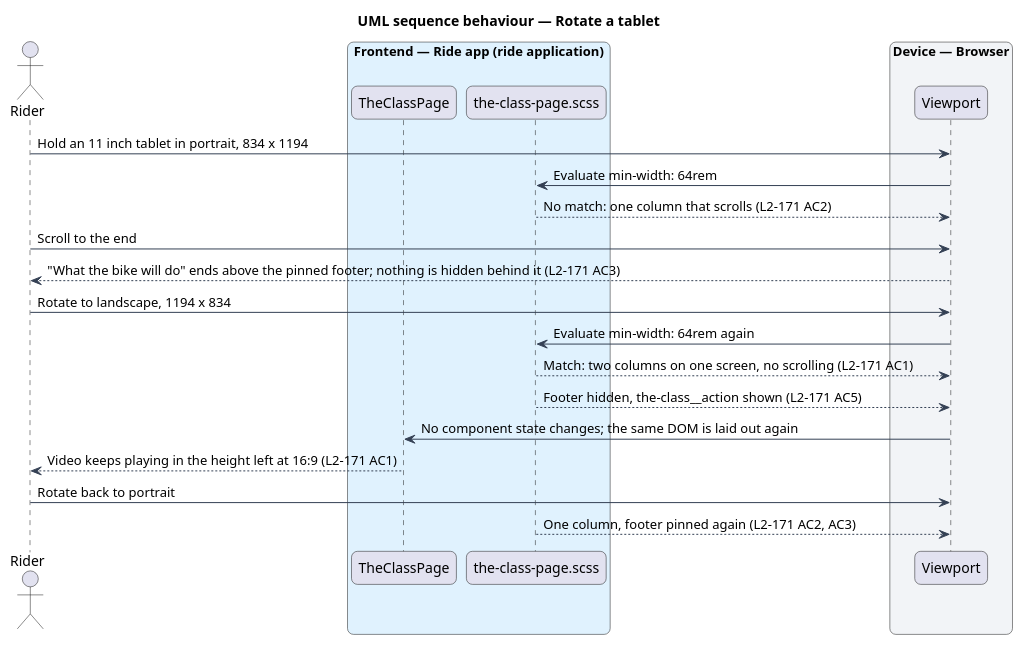
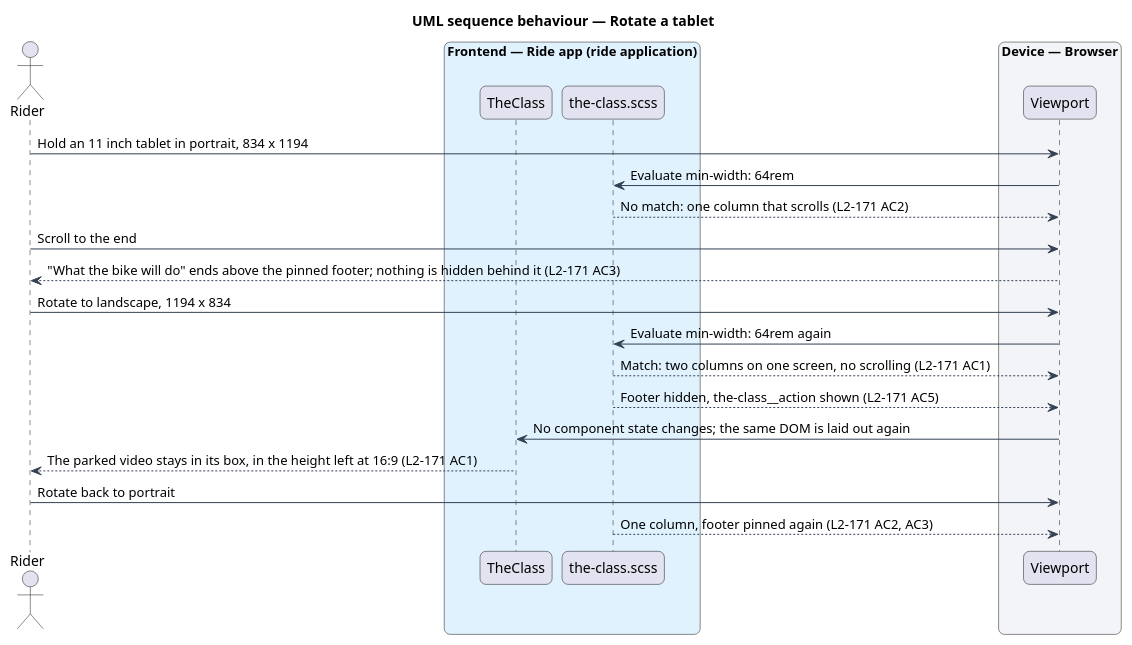
Before and after one commit to QuinntyneBrown/ride-one: the diagram in docs/detailed-designs/ui/fit-the-class-to-every-form-factor/diagrams/sequence-rotate-a-tablet.puml, drawn with PlantUML. The commit also changed 51 other files, not shown here.

```diff
--- a/docs/detailed-designs/ui/fit-the-class-to-every-form-factor/diagrams/sequence-rotate-a-tablet.puml
+++ b/docs/detailed-designs/ui/fit-the-class-to-every-form-factor/diagrams/sequence-rotate-a-tablet.puml
@@ -1,38 +1,38 @@
 @startuml
 title UML sequence behaviour — Rotate a tablet
 skinparam backgroundColor #FFFFFF
 skinparam shadowing false
 skinparam roundcorner 12
 skinparam defaultFontName Arial
 skinparam ArrowColor #344054
 skinparam rectangle {
   BorderColor #344054
   FontColor #101828
 }
 skinparam package {
   BorderColor #667085
   FontColor #101828
   BackgroundColor #F9FAFB
 }
 actor "Rider" as rider
 box "Frontend — Ride app (ride application)" #E0F2FE
-  participant "TheClassPage" as page
-  participant "the-class-page.scss" as sheet
+  participant "TheClass" as page
+  participant "the-class.scss" as sheet
 end box
 box "Device — Browser" #F2F4F7
   participant "Viewport" as viewport
 end box
 rider -> viewport : Hold an 11 inch tablet in portrait, 834 x 1194
 viewport -> sheet : Evaluate min-width: 64rem
 sheet --> viewport : No match: one column that scrolls (L2-171 AC2)
 rider -> viewport : Scroll to the end
 viewport --> rider : "What the bike will do" ends above the pinned footer; nothing is hidden behind it (L2-171 AC3)
 rider -> viewport : Rotate to landscape, 1194 x 834
 viewport -> sheet : Evaluate min-width: 64rem again
 sheet --> viewport : Match: two columns on one screen, no scrolling (L2-171 AC1)
 sheet --> viewport : Footer hidden, the-class~__action shown (L2-171 AC5)
 viewport -> page : No component state changes; the same DOM is laid out again
-page --> rider : Video keeps playing in the height left at 16:9 (L2-171 AC1)
+page --> rider : The parked video stays in its box, in the height left at 16:9 (L2-171 AC1)
 rider -> viewport : Rotate back to portrait
 sheet --> viewport : One column, footer pinned again (L2-171 AC2, AC3)
 @enduml
```
